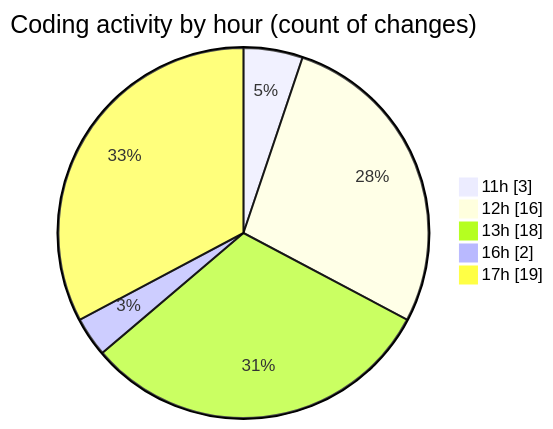
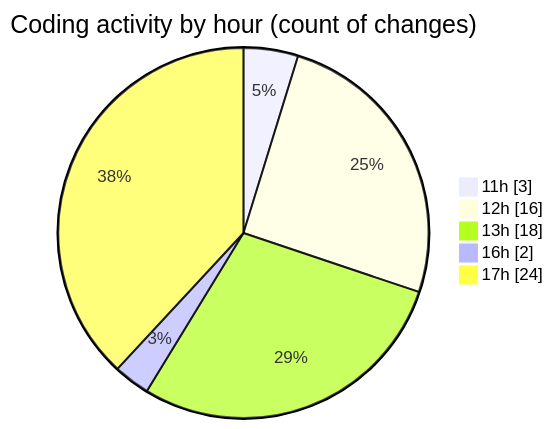
One commit to nxtqubesakshisongat/code-tracking changed the second of 2 diagrams in 2025-06-03/nxtqube_webapp/README.md. Above: the diagram before and after it, drawn with Mermaid. The commit also changed other lines of this file and 1 other file, not shown here.

````diff
--- a/2025-06-03/nxtqube_webapp/README.md
+++ b/2025-06-03/nxtqube_webapp/README.md
@@ -30,9 +30,9 @@
 ```mermaid
 pie showData
 title Coding activity by hour (count of changes)
 "11h" : 3
 "12h" : 16
 "13h" : 18
 "16h" : 2
-"17h" : 19
+"17h" : 24
 ```
````
